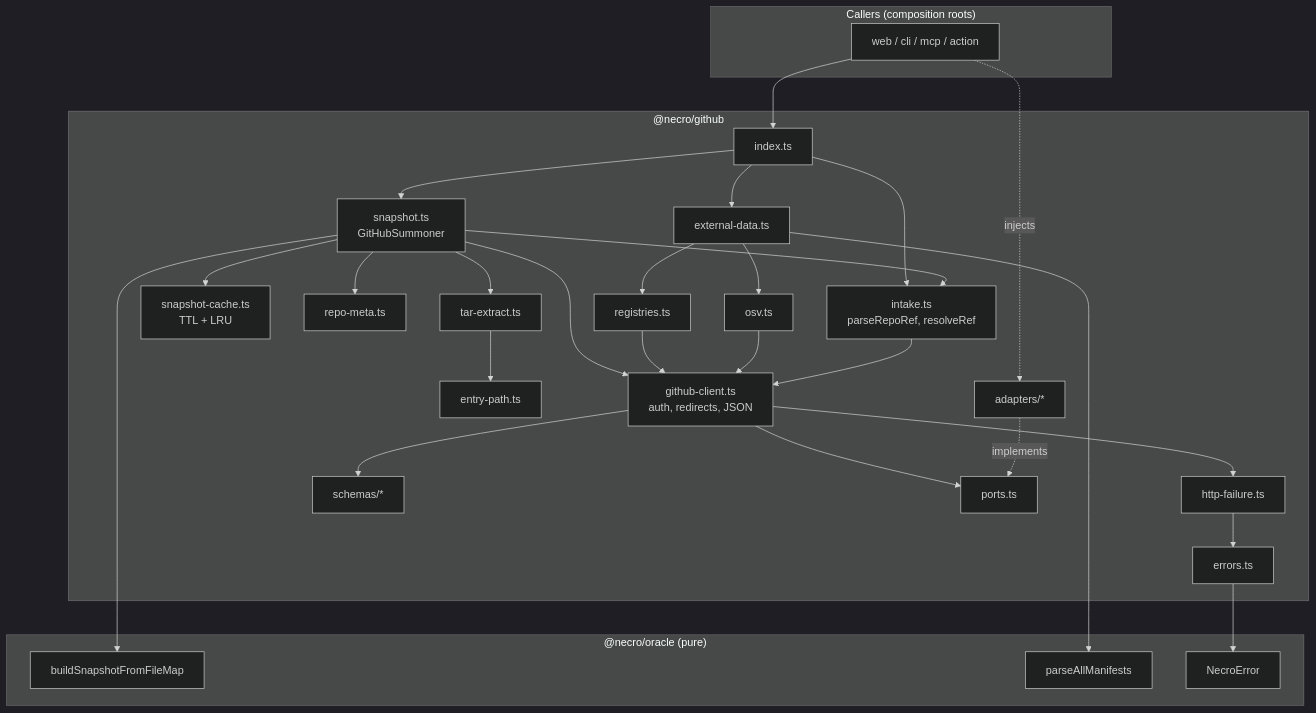
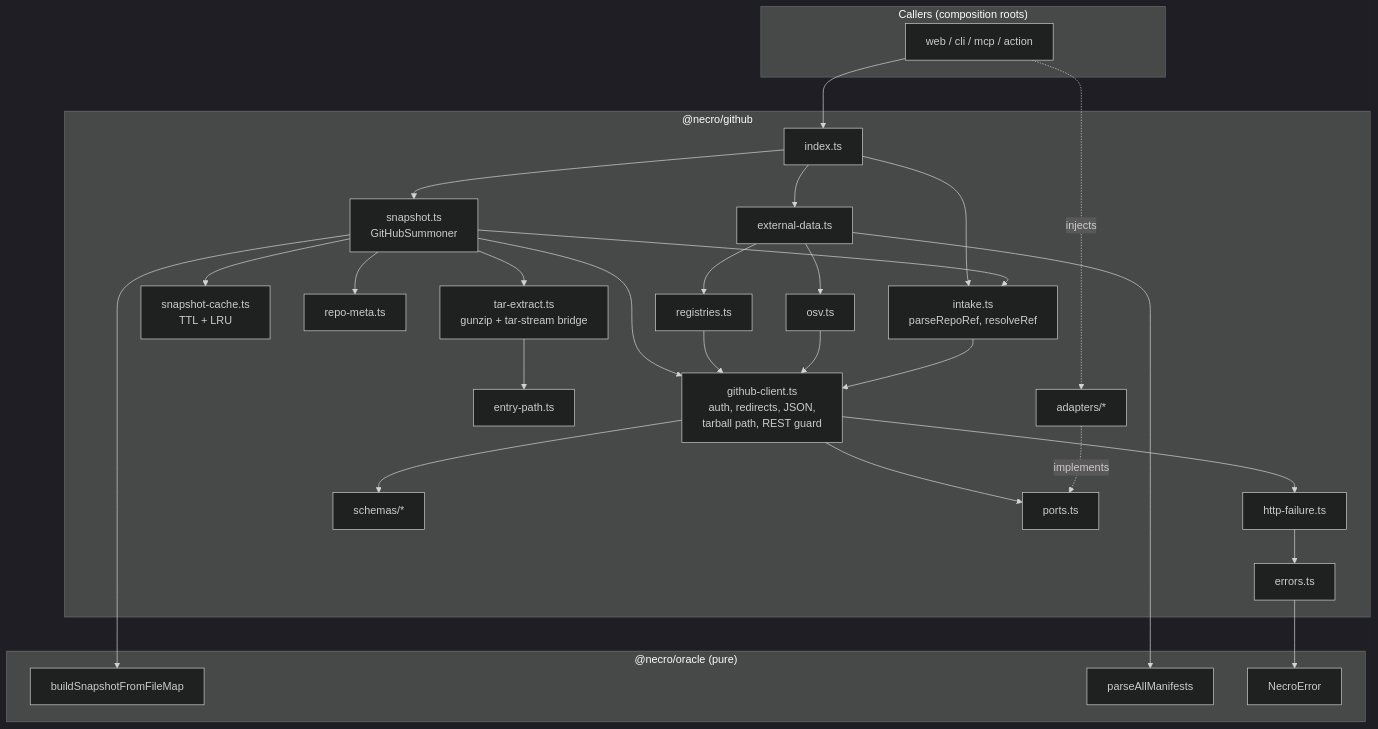
Before and after one commit to FernandoLizana/necro-oracle: the first of 2 diagrams in .kiro/specs/02-github-summoner/design.md, drawn with Mermaid (dark theme). The commit also changed other lines of this file and 1 other file, not shown here.

Commit message:
Spec 02: design and requirements aligned (codeload direct, rename redirect, new error codes, tar-stream)

````diff
--- a/.kiro/specs/02-github-summoner/design.md
+++ b/.kiro/specs/02-github-summoner/design.md
@@ -89,48 +92,48 @@
 ```mermaid
 graph TD
     subgraph "Callers (composition roots)"
         WEB["web / cli / mcp / action"]
     end
 
     subgraph "@necro/github"
         IDX["index.ts"]
         INT["intake.ts<br/>parseRepoRef, resolveRef"]
         SNP["snapshot.ts<br/>GitHubSummoner"]
         CACHE["snapshot-cache.ts<br/>TTL + LRU"]
-        CLI["github-client.ts<br/>auth, redirects, JSON"]
+        CLI["github-client.ts<br/>auth, redirects, JSON,<br/>tarball path, REST guard"]
         META["repo-meta.ts"]
-        TAR["tar-extract.ts"]
+        TAR["tar-extract.ts<br/>gunzip + tar-stream bridge"]
         EP["entry-path.ts"]
         EXT["external-data.ts"]
         REG["registries.ts"]
         OSV["osv.ts"]
         HF["http-failure.ts"]
         ERR["errors.ts"]
         SCH["schemas/*"]
         PORTS["ports.ts"]
         ADP["adapters/*"]
     end
 
     subgraph "@necro/oracle (pure)"
         BLD["buildSnapshotFromFileMap"]
         MAN["parseAllManifests"]
         NE["NecroError"]
     end
 
     WEB --> IDX
     IDX --> INT & SNP & EXT
     SNP --> INT & CACHE & CLI & META & TAR
     TAR --> EP
     SNP --> BLD
     EXT --> MAN & REG & OSV
     REG --> CLI
     OSV --> CLI
     INT --> CLI
     CLI --> HF
     HF --> ERR
     ERR --> NE
     CLI --> PORTS
     CLI --> SCH
     ADP -. implements .-> PORTS
     WEB -. injects .-> ADP
 ```
````
